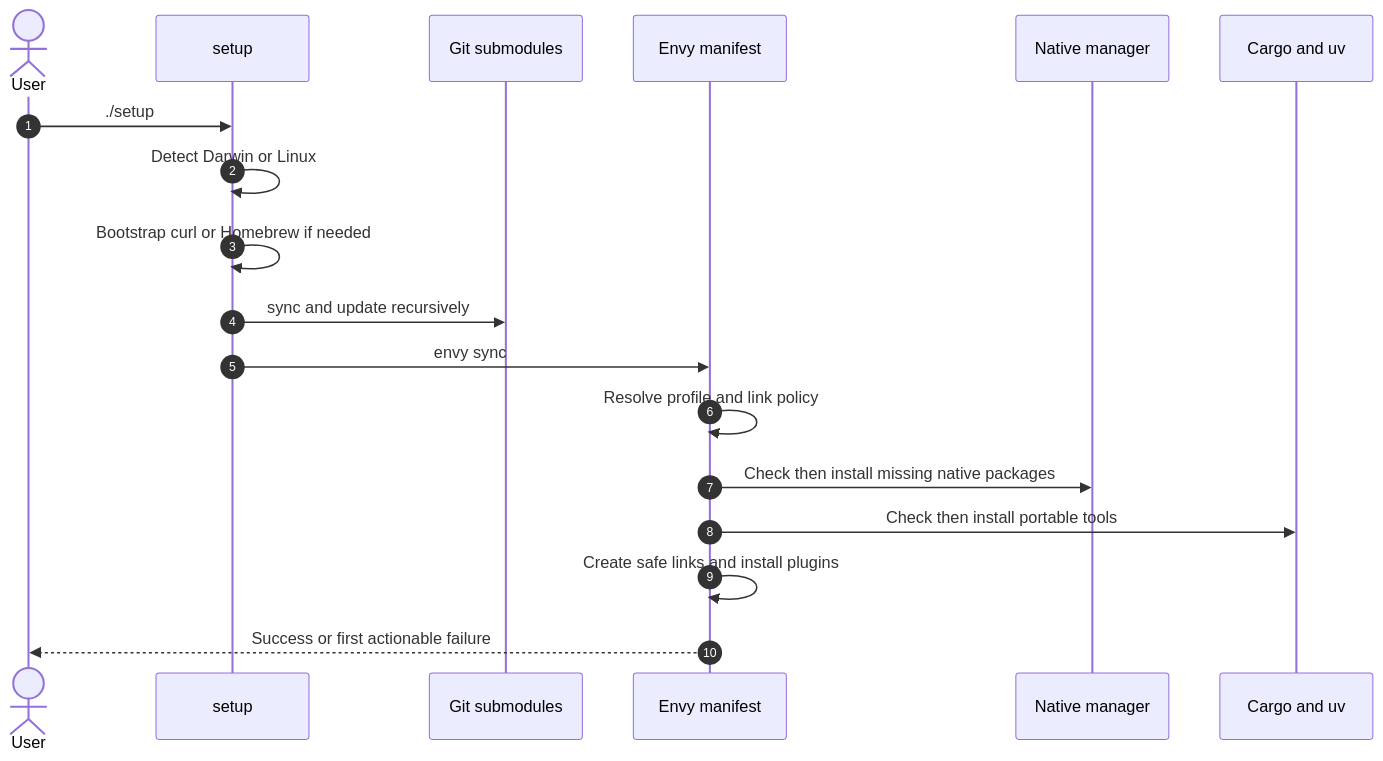
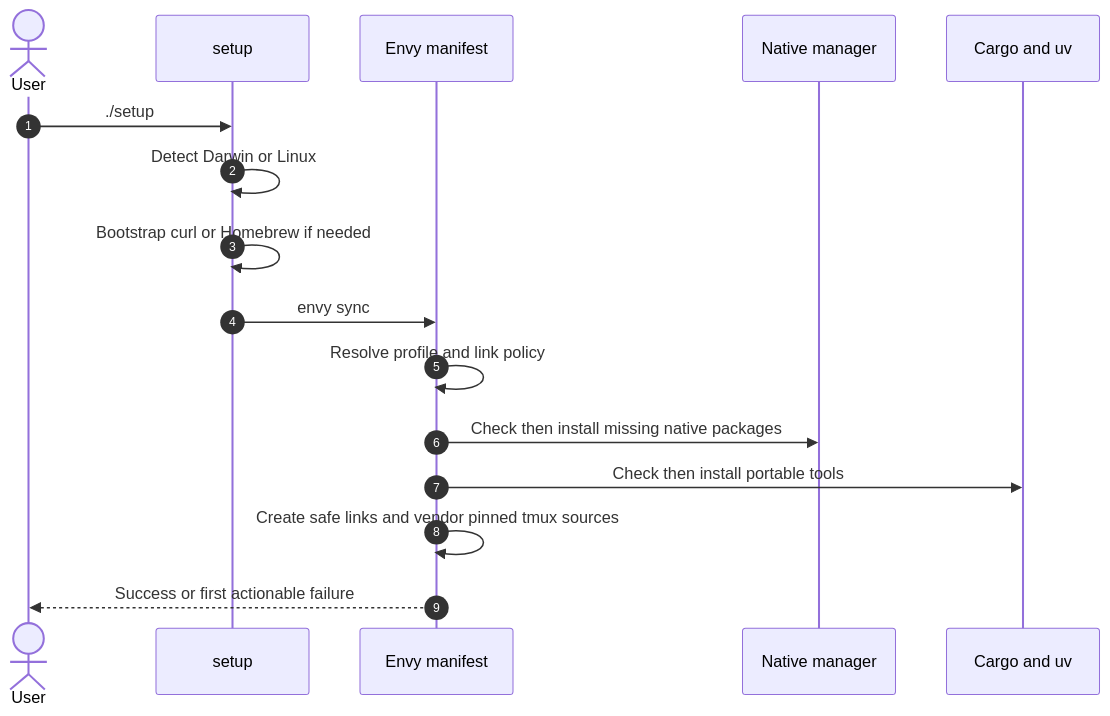
The second of 2 diagrams in docs/envy-cross-platform.md (hantianjz/dotfiles), drawn with Mermaid before and after one commit. The commit also changed other lines of this file and 17 other files, not shown here.

Commit message:
refactor: manage tmux dependencies through Envy GitHub helper

````diff
--- a/docs/envy-cross-platform.md
+++ b/docs/envy-cross-platform.md
@@ -71,21 +71,19 @@
 ```mermaid
 sequenceDiagram
     autonumber
     actor User
     participant Setup as setup
-    participant Git as Git submodules
     participant Envy as Envy manifest
     participant Manager as Native manager
     participant Portable as Cargo and uv
 
     User->>Setup: ./setup
     Setup->>Setup: Detect Darwin or Linux
     Setup->>Setup: Bootstrap curl or Homebrew if needed
-    Setup->>Git: sync and update recursively
     Setup->>Envy: envy sync
     Envy->>Envy: Resolve profile and link policy
     Envy->>Manager: Check then install missing native packages
     Envy->>Portable: Check then install portable tools
-    Envy->>Envy: Create safe links and install plugins
+    Envy->>Envy: Create safe links and vendor pinned tmux sources
     Envy-->>User: Success or first actionable failure
 ```
````
